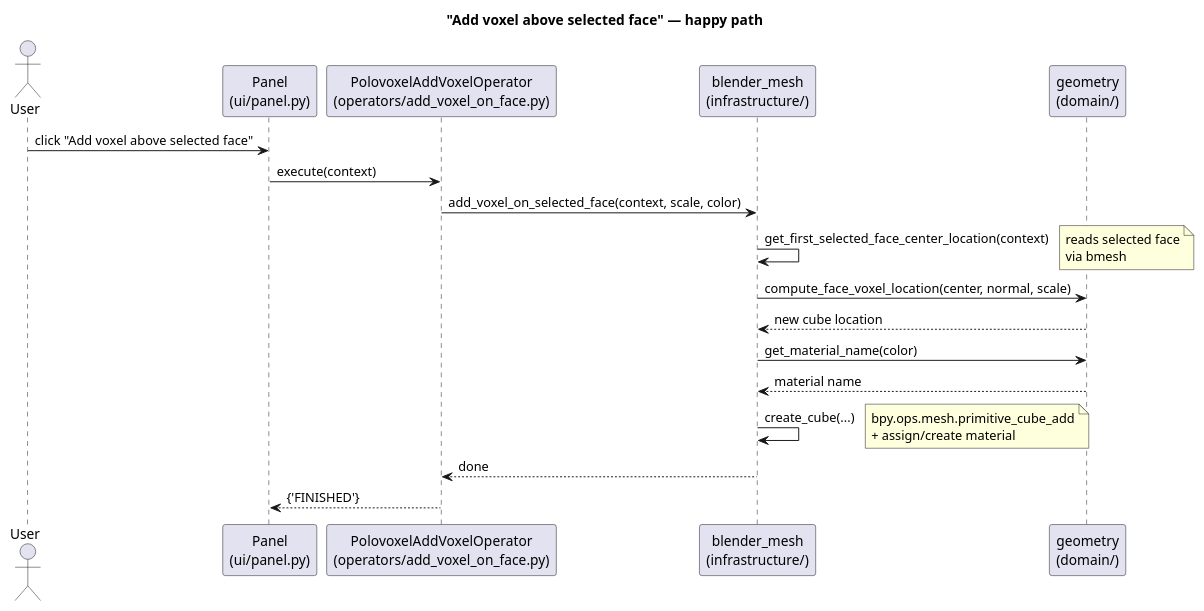
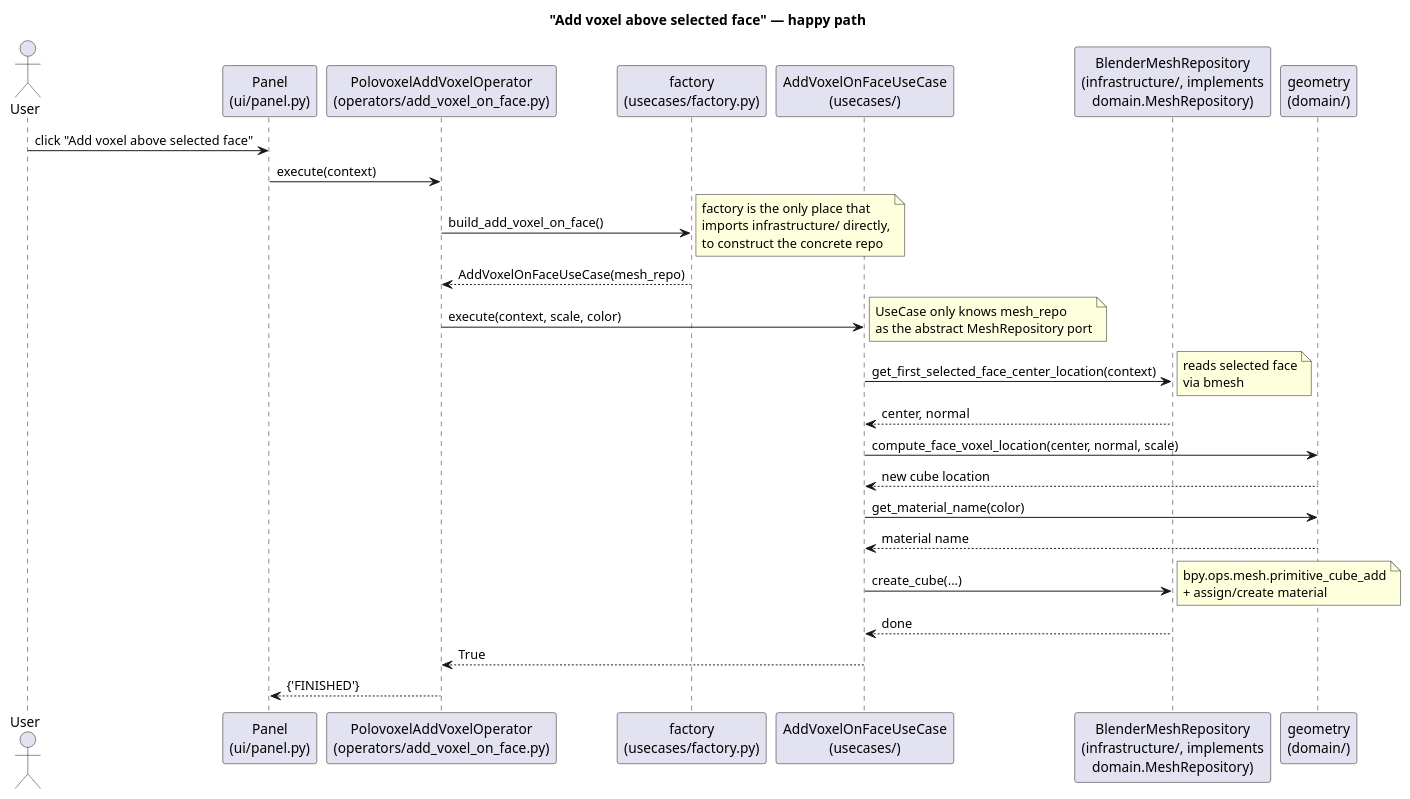
One commit to polotto/polovoxel changed the second of 3 diagrams in docs/architecture/README.md. Above: the diagram before and after it, drawn with PlantUML. The commit also changed other lines of this file and 18 other files, not shown here.

First line of the commit message:
Add usecases layer and MeshRepository port

````diff
--- a/docs/architecture/README.md
+++ b/docs/architecture/README.md
@@ -78,30 +135,40 @@
 ```plantuml
 @startuml sequence_add_voxel
 title "Add voxel above selected face" — happy path
 
 actor User
 participant "Panel\n(ui/panel.py)" as Panel
 participant "PolovoxelAddVoxelOperator\n(operators/add_voxel_on_face.py)" as Operator
-participant "blender_mesh\n(infrastructure/)" as Infra
+participant "factory\n(usecases/factory.py)" as Factory
+participant "AddVoxelOnFaceUseCase\n(usecases/)" as UseCase
+participant "BlenderMeshRepository\n(infrastructure/, implements\ndomain.MeshRepository)" as Repo
 participant "geometry\n(domain/)" as Domain
 
 User -> Panel : click "Add voxel above selected face"
 Panel -> Operator : execute(context)
 
-Operator -> Infra : add_voxel_on_selected_face(context, scale, color)
-Infra -> Infra : get_first_selected_face_center_location(context)
+Operator -> Factory : build_add_voxel_on_face()
+note right : factory is the only place that\nimports infrastructure/ directly,\nto construct the concrete repo
+Factory --> Operator : AddVoxelOnFaceUseCase(mesh_repo)
+
+Operator -> UseCase : execute(context, scale, color)
+note right : UseCase only knows mesh_repo\nas the abstract MeshRepository port
+
+UseCase -> Repo : get_first_selected_face_center_location(context)
 note right : reads selected face\nvia bmesh
+Repo --> UseCase : center, normal
 
-Infra -> Domain : compute_face_voxel_location(center, normal, scale)
-Domain --> Infra : new cube location
+UseCase -> Domain : compute_face_voxel_location(center, normal, scale)
+Domain --> UseCase : new cube location
 
-Infra -> Domain : get_material_name(color)
-Domain --> Infra : material name
+UseCase -> Domain : get_material_name(color)
+Domain --> UseCase : material name
 
-Infra -> Infra : create_cube(...)
+UseCase -> Repo : create_cube(...)
 note right : bpy.ops.mesh.primitive_cube_add\n+ assign/create material
+Repo --> UseCase : done
 
-Infra --> Operator : done
+UseCase --> Operator : True
 Operator --> Panel : {'FINISHED'}
 @enduml
 ```
````
